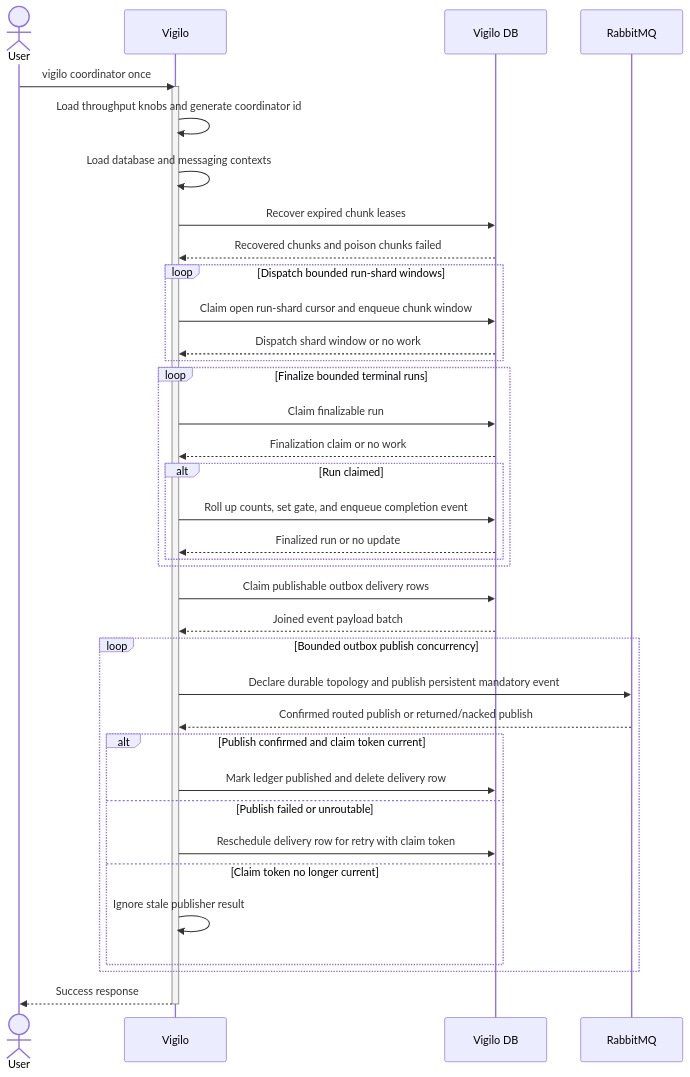
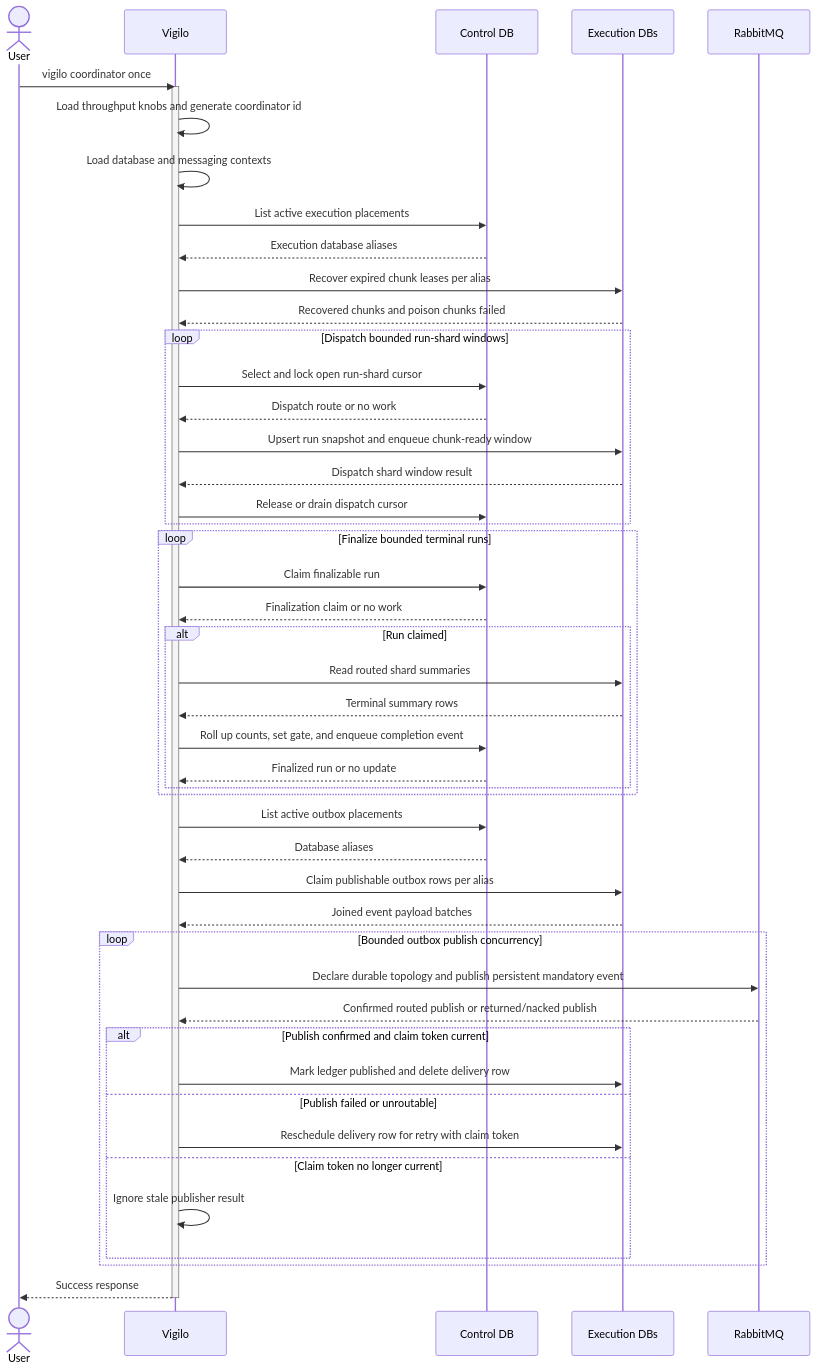
Before and after one commit to gregl83/agent-vigilo: the diagram in web/docs/architecture/flows/coordinator/once/execution-flow.mmd, drawn with Mermaid. The commit also changed 16 other files, not shown here.

```diff
--- a/web/docs/architecture/flows/coordinator/once/execution-flow.mmd
+++ b/web/docs/architecture/flows/coordinator/once/execution-flow.mmd
@@ -1,53 +1,63 @@
 ---
 config:
   flowchart:
     nodeSpacing: 150
     rankSpacing: 80
   themeVariables:
     edgeLabelBackground: 'transparent'
 ---
 sequenceDiagram
     actor User
     participant Vigilo
-    participant DB as Vigilo DB
+    participant ControlDB as Control DB
+    participant ExecutionDB as Execution DBs
     participant Queue as RabbitMQ
 
     User->>Vigilo: vigilo coordinator once
     activate Vigilo
     Vigilo->>Vigilo: Load throughput knobs and generate coordinator id
     Vigilo->>Vigilo: Load database and messaging contexts
 
-    Vigilo->>DB: Recover expired chunk leases
-    DB-->>Vigilo: Recovered chunks and poison chunks failed
+    Vigilo->>ControlDB: List active execution placements
+    ControlDB-->>Vigilo: Execution database aliases
+    Vigilo->>ExecutionDB: Recover expired chunk leases per alias
+    ExecutionDB-->>Vigilo: Recovered chunks and poison chunks failed
 
     loop Dispatch bounded run-shard windows
-        Vigilo->>DB: Claim open run-shard cursor and enqueue chunk window
-        DB-->>Vigilo: Dispatch shard window or no work
+        Vigilo->>ControlDB: Select and lock open run-shard cursor
+        ControlDB-->>Vigilo: Dispatch route or no work
+        Vigilo->>ExecutionDB: Upsert run snapshot and enqueue chunk-ready window
+        ExecutionDB-->>Vigilo: Dispatch shard window result
+        Vigilo->>ControlDB: Release or drain dispatch cursor
     end
 
     loop Finalize bounded terminal runs
-        Vigilo->>DB: Claim finalizable run
-        DB-->>Vigilo: Finalization claim or no work
+        Vigilo->>ControlDB: Claim finalizable run
+        ControlDB-->>Vigilo: Finalization claim or no work
         alt Run claimed
-            Vigilo->>DB: Roll up counts, set gate, and enqueue completion event
-            DB-->>Vigilo: Finalized run or no update
+            Vigilo->>ExecutionDB: Read routed shard summaries
+            ExecutionDB-->>Vigilo: Terminal summary rows
+            Vigilo->>ControlDB: Roll up counts, set gate, and enqueue completion event
+            ControlDB-->>Vigilo: Finalized run or no update
         end
     end
 
-    Vigilo->>DB: Claim publishable outbox delivery rows
-    DB-->>Vigilo: Joined event payload batch
+    Vigilo->>ControlDB: List active outbox placements
+    ControlDB-->>Vigilo: Database aliases
+    Vigilo->>ExecutionDB: Claim publishable outbox rows per alias
+    ExecutionDB-->>Vigilo: Joined event payload batches
 
     loop Bounded outbox publish concurrency
         Vigilo->>Queue: Declare durable topology and publish persistent mandatory event
         Queue-->>Vigilo: Confirmed routed publish or returned/nacked publish
         alt Publish confirmed and claim token current
-            Vigilo->>DB: Mark ledger published and delete delivery row
+            Vigilo->>ExecutionDB: Mark ledger published and delete delivery row
         else Publish failed or unroutable
-            Vigilo->>DB: Reschedule delivery row for retry with claim token
+            Vigilo->>ExecutionDB: Reschedule delivery row for retry with claim token
         else Claim token no longer current
             Vigilo->>Vigilo: Ignore stale publisher result
         end
     end
 
     Vigilo-->>User: Success response
     deactivate Vigilo
```
